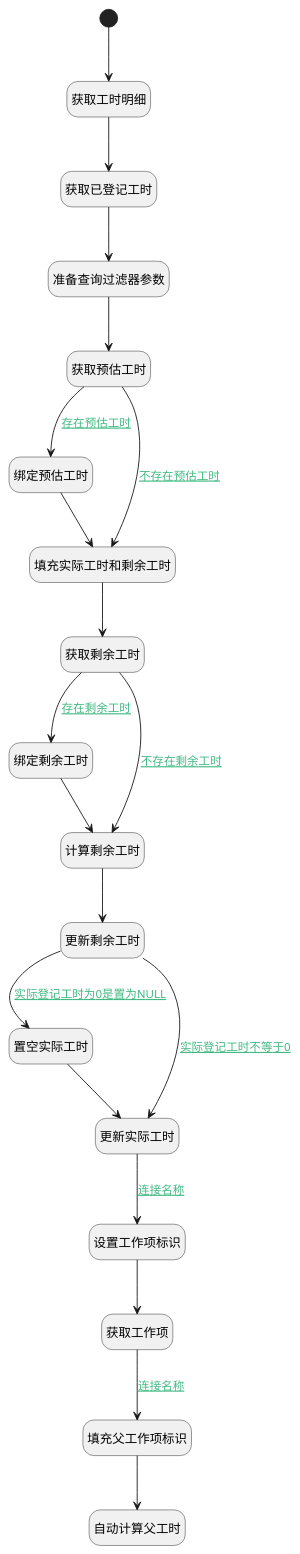
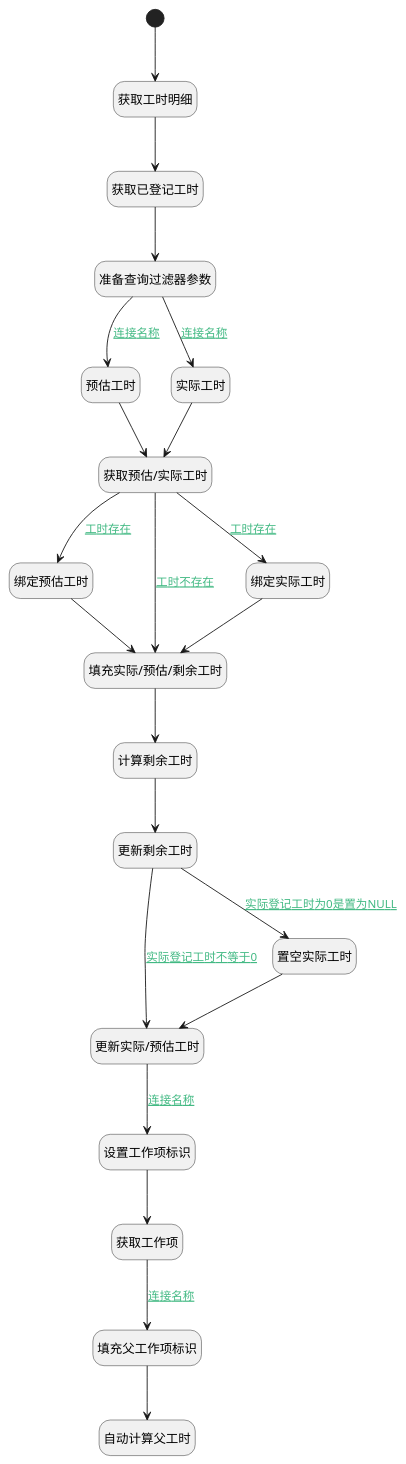
One commit to iBizLab/plm changed the diagram in doc/docsify/module/Base/workload/logic/before_remove.md. Above: the diagram before and after it, drawn with PlantUML. The commit also changed other lines of this file and 726 other files, not shown here.

````diff
--- a/doc/docsify/module/Base/workload/logic/before_remove.md
+++ b/doc/docsify/module/Base/workload/logic/before_remove.md
@@ -7,52 +7,55 @@
 ```plantuml
 @startuml
 hide empty description
 <style>
 root {
   HyperlinkColor #42b983
 }
 </style>
 
 hide empty description
 state "开始" as Begin <<start>> [[$./before_remove#begin {"开始"}]]
 state "获取工时明细" as DEACTION1  [[$./before_remove#deaction1 {"获取工时明细"}]]
+state "绑定预估工时" as BINDPARAM1  [[$./before_remove#bindparam1 {"绑定预估工时"}]]
 state "获取已登记工时" as RAWSQLCALL2  [[$./before_remove#rawsqlcall2 {"获取已登记工时"}]]
+state "预估工时" as PREPAREPARAM7  [[$./before_remove#prepareparam7 {"预估工时"}]]
+state "获取预估/实际工时" as DEDATASET1  [[$./before_remove#dedataset1 {"获取预估/实际工时"}]]
+state "填充实际/预估/剩余工时" as PREPAREPARAM2  [[$./before_remove#prepareparam2 {"填充实际/预估/剩余工时"}]]
+state "计算剩余工时" as RAWSFCODE1  [[$./before_remove#rawsfcode1 {"计算剩余工时"}]]
 state "准备查询过滤器参数" as PREPAREPARAM1  [[$./before_remove#prepareparam1 {"准备查询过滤器参数"}]]
-state "获取预估工时" as DEDATASET1  [[$./before_remove#dedataset1 {"获取预估工时"}]]
-state "绑定预估工时" as BINDPARAM1  [[$./before_remove#bindparam1 {"绑定预估工时"}]]
-state "填充实际工时和剩余工时" as PREPAREPARAM2  [[$./before_remove#prepareparam2 {"填充实际工时和剩余工时"}]]
-state "获取剩余工时" as DEDATASET2  [[$./before_remove#dedataset2 {"获取剩余工时"}]]
-state "绑定剩余工时" as BINDPARAM2  [[$./before_remove#bindparam2 {"绑定剩余工时"}]]
-state "计算剩余工时" as RAWSFCODE1  [[$./before_remove#rawsfcode1 {"计算剩余工时"}]]
+state "实际工时" as PREPAREPARAM6  [[$./before_remove#prepareparam6 {"实际工时"}]]
+state "设置工作项标识" as PREPAREPARAM4  [[$./before_remove#prepareparam4 {"设置工作项标识"}]]
+state "更新实际/预估工时" as DEACTION3  [[$./before_remove#deaction3 {"更新实际/预估工时"}]]
 state "更新剩余工时" as DEACTION2  [[$./before_remove#deaction2 {"更新剩余工时"}]]
+state "绑定实际工时" as BINDPARAM3  [[$./before_remove#bindparam3 {"绑定实际工时"}]]
+state "获取工作项" as DEACTION4  [[$./before_remove#deaction4 {"获取工作项"}]]
 state "置空实际工时" as PREPAREPARAM3  [[$./before_remove#prepareparam3 {"置空实际工时"}]]
-state "更新实际工时" as DEACTION3  [[$./before_remove#deaction3 {"更新实际工时"}]]
-state "设置工作项标识" as PREPAREPARAM4  [[$./before_remove#prepareparam4 {"设置工作项标识"}]]
-state "获取工作项" as DEACTION4  [[$./before_remove#deaction4 {"获取工作项"}]]
 state "填充父工作项标识" as PREPAREPARAM5  [[$./before_remove#prepareparam5 {"填充父工作项标识"}]]
 state "自动计算父工时" as DELOGIC1  [[$./before_remove#delogic1 {"自动计算父工时"}]]
 
 
 Begin --> DEACTION1
 DEACTION1 --> RAWSQLCALL2
 RAWSQLCALL2 --> PREPAREPARAM1
-PREPAREPARAM1 --> DEDATASET1
-DEDATASET1 --> PREPAREPARAM2 : [[$./before_remove#dedataset1-prepareparam2{不存在预估工时} 不存在预估工时]]
-PREPAREPARAM2 --> DEDATASET2
-DEDATASET2 --> BINDPARAM2 : [[$./before_remove#dedataset2-bindparam2{存在剩余工时} 存在剩余工时]]
-BINDPARAM2 --> RAWSFCODE1
+PREPAREPARAM1 --> PREPAREPARAM6 : [[$./before_remove#prepareparam1-prepareparam6{连接名称} 连接名称]]
+PREPAREPARAM6 --> DEDATASET1
+DEDATASET1 --> PREPAREPARAM2 : [[$./before_remove#dedataset1-prepareparam2{工时不存在} 工时不存在]]
+PREPAREPARAM2 --> RAWSFCODE1
 RAWSFCODE1 --> DEACTION2
 DEACTION2 --> PREPAREPARAM3 : [[$./before_remove#deaction2-prepareparam3{实际登记工时为0是置为NULL} 实际登记工时为0是置为NULL]]
 PREPAREPARAM3 --> DEACTION3
 DEACTION3 --> PREPAREPARAM4 : [[$./before_remove#deaction3-prepareparam4{连接名称} 连接名称]]
 PREPAREPARAM4 --> DEACTION4
 DEACTION4 --> PREPAREPARAM5 : [[$./before_remove#deaction4-prepareparam5{连接名称} 连接名称]]
 PREPAREPARAM5 --> DELOGIC1
 DEACTION2 --> DEACTION3 : [[$./before_remove#deaction2-deaction3{实际登记工时不等于0} 实际登记工时不等于0]]
-DEDATASET2 --> RAWSFCODE1 : [[$./before_remove#dedataset2-rawsfcode1{不存在剩余工时} 不存在剩余工时]]
-DEDATASET1 --> BINDPARAM1 : [[$./before_remove#dedataset1-bindparam1{存在预估工时} 存在预估工时]]
+DEDATASET1 --> BINDPARAM1 : [[$./before_remove#dedataset1-bindparam1{工时存在} 工时存在]]
 BINDPARAM1 --> PREPAREPARAM2
+DEDATASET1 --> BINDPARAM3 : [[$./before_remove#dedataset1-bindparam3{工时存在} 工时存在]]
+BINDPARAM3 --> PREPAREPARAM2
+PREPAREPARAM1 --> PREPAREPARAM7 : [[$./before_remove#prepareparam1-prepareparam7{连接名称} 连接名称]]
+PREPAREPARAM7 --> DEDATASET1
 
 
 @enduml
 ```
````
